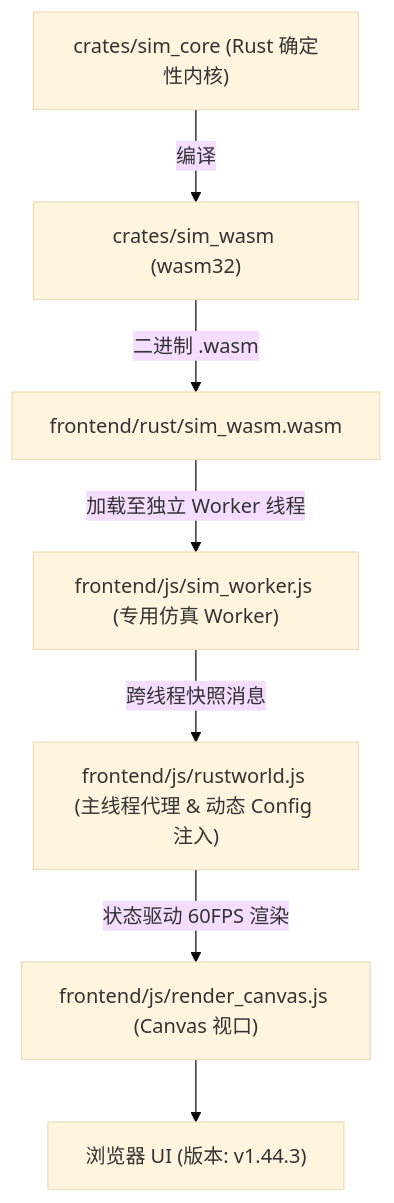
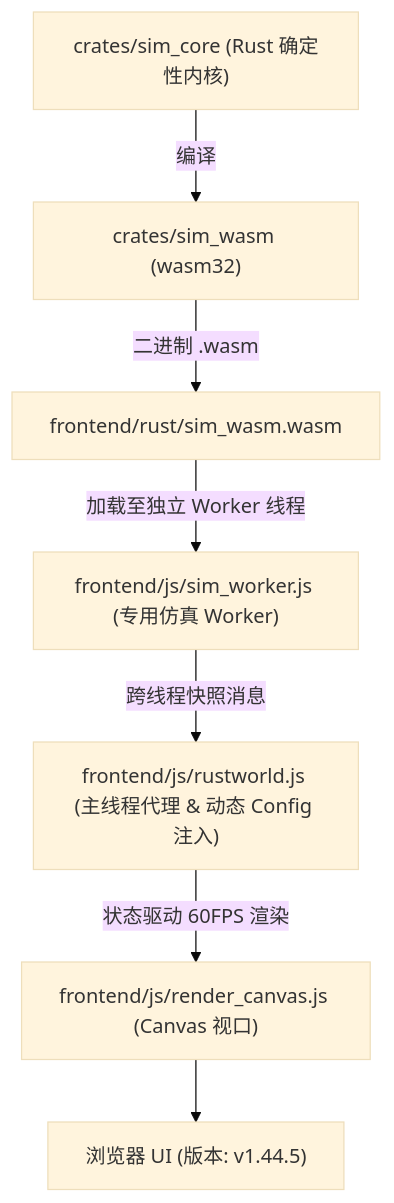
Before and after one commit to g39088902/FlowAndAccord: the diagram in AGENTS.md, drawn with Mermaid (base theme). The commit also changed other lines of this file and 19 other files, not shown here.

````diff
--- a/AGENTS.md
+++ b/AGENTS.md
@@ -53,9 +53,9 @@
 ```mermaid
 graph TD
     A["crates/sim_core (Rust 确定性内核)"] -->|编译| B["crates/sim_wasm (wasm32)"]
     B -->|二进制 .wasm| C["frontend/rust/sim_wasm.wasm"]
     C -->|加载至独立 Worker 线程| D["frontend/js/sim_worker.js (专用仿真 Worker)"]
     D -->|跨线程快照消息| E["frontend/js/rustworld.js (主线程代理 & 动态 Config 注入)"]
     E -->|状态驱动 60FPS 渲染| F["frontend/js/render_canvas.js (Canvas 视口)"]
-    F --> G["浏览器 UI (版本: v1.44.3)"]
+    F --> G["浏览器 UI (版本: v1.44.5)"]
 ```
````
